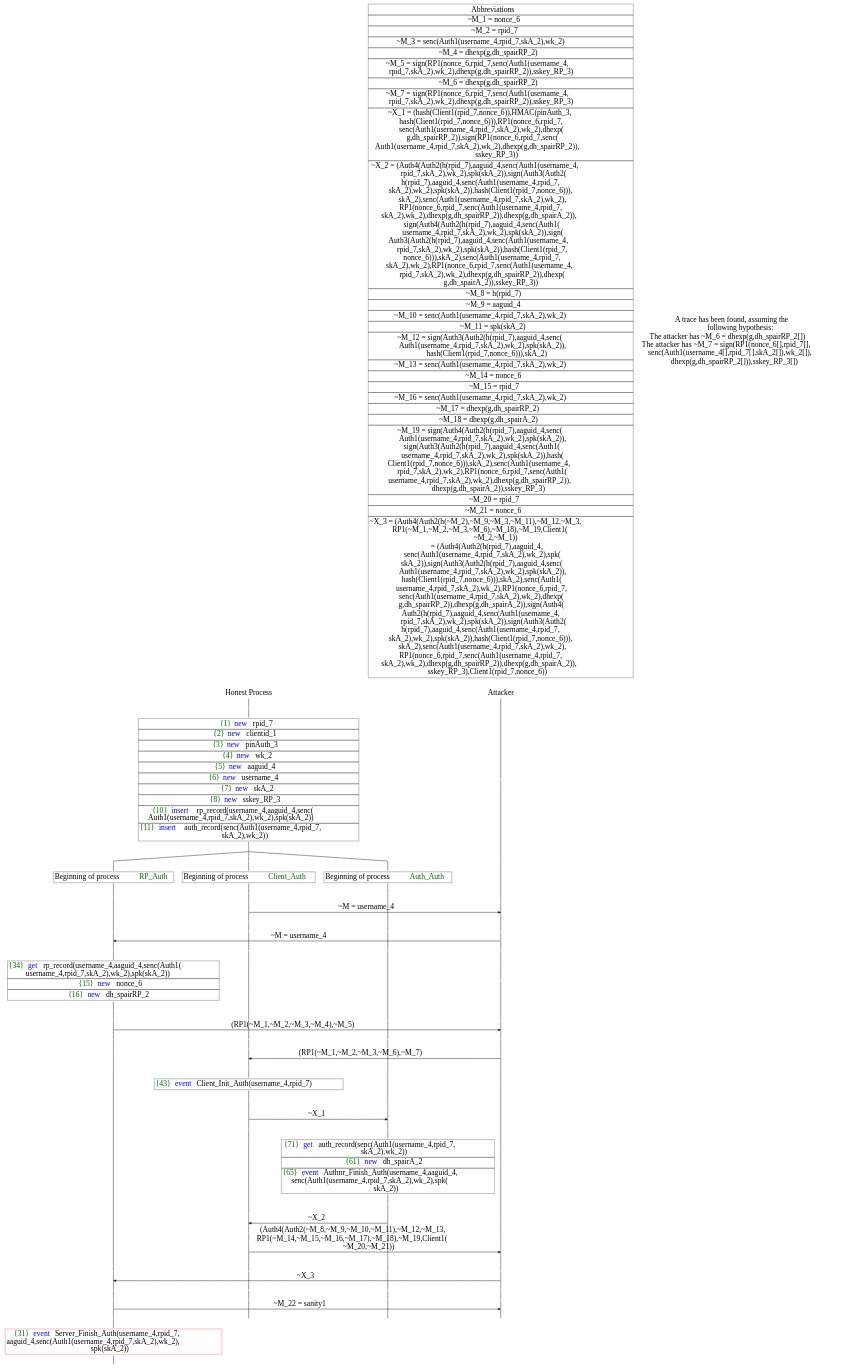
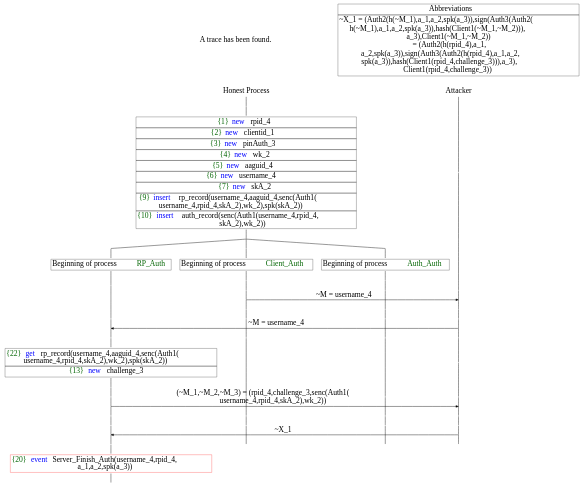
Before and after one commit to EkanshBhatnagar/FIDO2-Proverif: the diagram in results/trace3.dot, drawn with Graphviz. The commit also changed 10 other files, not shown here.

```diff
--- a/results/trace3.dot
+++ b/results/trace3.dot
@@ -2,22 +2,15 @@
 graph [ordering = out]
 edge [arrowhead = none, penwidth = 1.6, fontsize = 30]
 node [shape = point, width = 0, height = 0, fontsize = 30]
-Trace<br/>
-[label = <A trace has been found, assuming the<br/>
-following hypothesis:<br/>
-The attacker has ~M_6 = dhexp(g,dh_spairRP_2[])<br/>
-The attacker has ~M_7 = sign(RP1(nonce_6[],rpid_7[],<br/>
-senc(Auth1(username_4[],rpid_7[],skA_2[]),wk_2[]),<br/>
-dhexp(g,dh_spairRP_2[])),sskey_RP_3[])<br/>
+Trace [label = <A trace has been found.<br/>
 >, shape = plaintext]
 P0__0 [label = "Honest Process", shape = plaintext]
 P__0 [label = "Attacker", shape = plaintext]
 Trace -> P0__0 [label = "", style = invisible, weight = 100]{rank = same; P0__0 P__0}
 P0__0 -> P0__1 [label = <>, weight = 100]
 P0__1 -> P0__2 [label = <>, weight = 100]
-P0__2 [shape = plaintext, label = <<TABLE BORDER="0" CELLBORDER="1" CELLSPACING="0" CELLPADDING="4"> <TR><TD><FONT COLOR="darkgreen">{1}</FONT><FONT COLOR="blue">new </FONT>rpid_7</TD></TR><TR><TD><FONT COLOR="darkgreen">{2}</FONT><FONT COLOR="blue">new </FONT>clientid_1</TD></TR><TR><TD><FONT COLOR="darkgreen">{3}</FONT><FONT COLOR="blue">new </FONT>pinAuth_3</TD></TR><TR><TD><FONT COLOR="darkgreen">{4}</FONT><FONT COLOR="blue">new </FONT>wk_2</TD></TR><TR><TD><FONT COLOR="darkgreen">{5}</FONT><FONT COLOR="blue">new </FONT>aaguid_4</TD></TR><TR><TD><FONT COLOR="darkgreen">{6}</FONT><FONT COLOR="blue">new </FONT>username_4</TD></TR><TR><TD><FONT COLOR="darkgreen">{7}</FONT><FONT COLOR="blue">new </FONT>skA_2</TD></TR><TR><TD><FONT COLOR="darkgreen">{8}</FONT><FONT COLOR="blue">new </FONT>sskey_RP_3</TD></TR><TR><TD><FONT COLOR="darkgreen">{10}</FONT><FONT COLOR="blue">insert </FONT>rp_record(username_4,aaguid_4,senc(<br/>
-Auth1(username_4,rpid_7,skA_2),wk_2),spk(skA_2))<br/>
-</TD></TR><TR><TD><FONT COLOR="darkgreen">{11}</FONT><FONT COLOR="blue">insert </FONT>auth_record(senc(Auth1(username_4,rpid_7,<br/>
+P0__2 [shape = plaintext, label = <<TABLE BORDER="0" CELLBORDER="1" CELLSPACING="0" CELLPADDING="4"> <TR><TD><FONT COLOR="darkgreen">{1}</FONT><FONT COLOR="blue">new </FONT>rpid_4</TD></TR><TR><TD><FONT COLOR="darkgreen">{2}</FONT><FONT COLOR="blue">new </FONT>clientid_1</TD></TR><TR><TD><FONT COLOR="darkgreen">{3}</FONT><FONT COLOR="blue">new </FONT>pinAuth_3</TD></TR><TR><TD><FONT COLOR="darkgreen">{4}</FONT><FONT COLOR="blue">new </FONT>wk_2</TD></TR><TR><TD><FONT COLOR="darkgreen">{5}</FONT><FONT COLOR="blue">new </FONT>aaguid_4</TD></TR><TR><TD><FONT COLOR="darkgreen">{6}</FONT><FONT COLOR="blue">new </FONT>username_4</TD></TR><TR><TD><FONT COLOR="darkgreen">{7}</FONT><FONT COLOR="blue">new </FONT>skA_2</TD></TR><TR><TD><FONT COLOR="darkgreen">{9}</FONT><FONT COLOR="blue">insert </FONT>rp_record(username_4,aaguid_4,senc(Auth1(<br/>
+username_4,rpid_4,skA_2),wk_2),spk(skA_2))</TD></TR><TR><TD><FONT COLOR="darkgreen">{10}</FONT><FONT COLOR="blue">insert </FONT>auth_record(senc(Auth1(username_4,rpid_4,<br/>
 skA_2),wk_2))</TD></TR></TABLE>>]
 P0__2 -> P0__3 [label = <>, weight = 100]
 P__0 -> P__1 [label = <>, weight = 100]
@@ -64,8 +57,8 @@
 P__6 -> P__7 [label = <>, weight = 100]
 {rank = same; P__7 P0_0__9 P0_1__10 P0_2__8}
 P0_2__8 -> P0_2__9 [label = <>, weight = 100]
-P0_2__9 [shape = plaintext, label = <<TABLE BORDER="0" CELLBORDER="1" CELLSPACING="0" CELLPADDING="4"> <TR><TD><FONT COLOR="darkgreen">{34}</FONT><FONT COLOR="blue">get </FONT>rp_record(username_4,aaguid_4,senc(Auth1(<br/>
-username_4,rpid_7,skA_2),wk_2),spk(skA_2))</TD></TR><TR><TD><FONT COLOR="darkgreen">{15}</FONT><FONT COLOR="blue">new </FONT>nonce_6</TD></TR><TR><TD><FONT COLOR="darkgreen">{16}</FONT><FONT COLOR="blue">new </FONT>dh_spairRP_2</TD></TR></TABLE>>]
+P0_2__9 [shape = plaintext, label = <<TABLE BORDER="0" CELLBORDER="1" CELLSPACING="0" CELLPADDING="4"> <TR><TD><FONT COLOR="darkgreen">{22}</FONT><FONT COLOR="blue">get </FONT>rp_record(username_4,aaguid_4,senc(Auth1(<br/>
+username_4,rpid_4,skA_2),wk_2),spk(skA_2))</TD></TR><TR><TD><FONT COLOR="darkgreen">{13}</FONT><FONT COLOR="blue">new </FONT>challenge_3</TD></TR></TABLE>>]
 P0_2__9 -> P0_2__10 [label = <>, weight = 100]
 P__7 -> P__8 [label = <>, weight = 100]
 {rank = same; P__8 P0_2__9}
@@ -77,148 +70,35 @@
 P0_2__11 -> P0_2__12 [label = <>, weight = 100]
 P__9 -> P__10 [label = <>, weight = 100]
 {rank = same; P__10 P0_2__12}
-P0_2__12 -> P__10 [label = <(RP1(~M_1,~M_2,~M_3,~M_4),~M_5)>, arrowhead = normal]
+P0_2__12 -> P__10 [label = <(~M_1,~M_2,~M_3) = (rpid_4,challenge_3,senc(Auth1(<br/>
+username_4,rpid_4,skA_2),wk_2))>, arrowhead = normal]
 P0_2__12 -> P0_2__13 [label = <>, weight = 100]
 P0_1__11 -> P0_1__12 [label = <>, weight = 100]
 P0_0__10 -> P0_0__11 [label = <>, weight = 100]
 P__10 -> P__11 [label = <>, weight = 100]
 {rank = same; P__11 P0_0__11 P0_1__12 P0_2__13}
+P0_2__13 -> P0_2__14 [label = <>, weight = 100]
 P0_1__12 -> P0_1__13 [label = <>, weight = 100]
 P0_0__11 -> P0_0__12 [label = <>, weight = 100]
 P__11 -> P__12 [label = <>, weight = 100]
-{rank = same; P__12 P0_0__12 P0_1__13}
+{rank = same; P__12 P0_0__12 P0_1__13 P0_2__14}
+P0_2__14 -> P0_2__15 [label = <>, weight = 100]
+P__12 -> P__13 [label = <>, weight = 100]
+{rank = same; P__13 P0_2__15}
+P0_2__15 -> P__13 [label = <~X_1>, dir = back, arrowhead = normal]
+P0_2__15 -> P0_2__16 [label = <>, weight = 100]
 P0_1__13 -> P0_1__14 [label = <>, weight = 100]
-P__12 -> P__13 [label = <>, weight = 100]
-{rank = same; P__13 P0_1__14}
-P0_1__14 -> P__13 [label = <(RP1(~M_1,~M_2,~M_3,~M_6),~M_7)>, dir = back, arrowhead = normal]
-P0_1__14 -> P0_1__15 [label = <>, weight = 100]
 P0_0__12 -> P0_0__13 [label = <>, weight = 100]
 P__13 -> P__14 [label = <>, weight = 100]
-{rank = same; P__14 P0_0__13 P0_1__15}
-P0_1__15 -> P0_1__16 [label = <>, weight = 100]
-P0_1__16 [shape = plaintext, label = <<TABLE BORDER="0" CELLBORDER="1" CELLSPACING="0" CELLPADDING="4"> <TR><TD><FONT COLOR="darkgreen">{43}</FONT><FONT COLOR="blue">event</FONT> Client_Init_Auth(username_4,rpid_7)</TD></TR></TABLE>>]
-P0_1__16 -> P0_1__17 [label = <>, weight = 100]
-P0_1__17 -> P0_1__18 [label = <>, weight = 100]
-P0_0__13 -> P0_0__14 [label = <>, weight = 100]
-{rank = same; P0_0__14 P0_1__18}
-P0_1__18 -> P0_1__19 [label = <>, weight = 100]
-P0_0__14 -> P0_0__15 [label = <>, weight = 100]
-{rank = same; P0_0__15 P0_1__19}
-P0_1__19 -> P0_0__15 [label = <~X_1>, arrowhead = normal]
-P0_1__19 -> P0_1__20 [label = <>, weight = 100]
-P0_0__15 -> P0_0__16 [label = <>, weight = 100]
-{rank = same; P0_0__16 P0_1__20}
-P0_0__16 -> P0_0__17 [label = <>, weight = 100]
-P0_0__17 [shape = plaintext, label = <<TABLE BORDER="0" CELLBORDER="1" CELLSPACING="0" CELLPADDING="4"> <TR><TD><FONT COLOR="darkgreen">{71}</FONT><FONT COLOR="blue">get </FONT>auth_record(senc(Auth1(username_4,rpid_7,<br/>
-skA_2),wk_2))</TD></TR><TR><TD><FONT COLOR="darkgreen">{61}</FONT><FONT COLOR="blue">new </FONT>dh_spairA_2</TD></TR><TR><TD><FONT COLOR="darkgreen">{65}</FONT><FONT COLOR="blue">event</FONT> Authnr_Finish_Auth(username_4,aaguid_4,<br/>
-senc(Auth1(username_4,rpid_7,skA_2),wk_2),spk(<br/>
-skA_2))</TD></TR></TABLE>>]
-P0_0__17 -> P0_0__18 [label = <>, weight = 100]
-P__14 -> P__15 [label = <>, weight = 100]
-{rank = same; P__15 P0_0__17}
-P0_1__20 -> P0_1__21 [label = <>, weight = 100]
-P0_0__18 -> P0_0__19 [label = <>, weight = 100]
-{rank = same; P0_0__19 P0_1__21}
-P0_1__21 -> P0_1__22 [label = <>, weight = 100]
-P0_0__19 -> P0_0__20 [label = <>, weight = 100]
-{rank = same; P0_0__20 P0_1__22}
-P0_1__22 -> P0_0__20 [label = <~X_2>, dir = back, arrowhead = normal]
-P0_1__22 -> P0_1__23 [label = <>, weight = 100]
-P0_0__20 -> P0_0__21 [label = <>, weight = 100]
-{rank = same; P0_0__21 P0_1__23}
-P0_1__23 -> P0_1__24 [label = <>, weight = 100]
-P0_0__21 -> P0_0__22 [label = <>, weight = 100]
-P__15 -> P__16 [label = <>, weight = 100]
-{rank = same; P__16 P0_0__22 P0_1__24}
-P0_1__24 -> P0_1__25 [label = <>, weight = 100]
-P__16 -> P__17 [label = <>, weight = 100]
-{rank = same; P__17 P0_1__25}
-P0_1__25 -> P__17 [label = <(Auth4(Auth2(~M_8,~M_9,~M_10,~M_11),~M_12,~M_13,<br/>
-RP1(~M_14,~M_15,~M_16,~M_17),~M_18),~M_19,Client1(<br/>
-~M_20,~M_21))>, arrowhead = normal]
-P0_1__25 -> P0_1__26 [label = <>, weight = 100]
-P0_0__22 -> P0_0__23 [label = <>, weight = 100]
-P__17 -> P__18 [label = <>, weight = 100]
-{rank = same; P__18 P0_0__23 P0_1__26}
-P0_2__13 -> P0_2__14 [label = <>, weight = 100]
-P0_1__26 -> P0_1__27 [label = <>, weight = 100]
-P0_0__23 -> P0_0__24 [label = <>, weight = 100]
-P__18 -> P__19 [label = <>, weight = 100]
-{rank = same; P__19 P0_0__24 P0_1__27 P0_2__14}
-P0_2__14 -> P0_2__15 [label = <>, weight = 100]
-P__19 -> P__20 [label = <>, weight = 100]
-{rank = same; P__20 P0_2__15}
-P0_2__15 -> P__20 [label = <~X_3>, dir = back, arrowhead = normal]
-P0_2__15 -> P0_2__16 [label = <>, weight = 100]
-P0_1__27 -> P0_1__28 [label = <>, weight = 100]
-P0_0__24 -> P0_0__25 [label = <>, weight = 100]
-P__20 -> P__21 [label = <>, weight = 100]
-{rank = same; P__21 P0_0__25 P0_1__28 P0_2__16}
+{rank = same; P__14 P0_0__13 P0_1__14 P0_2__16}
 P0_2__16 -> P0_2__17 [label = <>, weight = 100]
-P0_1__28 -> P0_1__29 [label = <>, weight = 100]
-P0_0__25 -> P0_0__26 [label = <>, weight = 100]
-P__21 -> P__22 [label = <>, weight = 100]
-{rank = same; P__22 P0_0__26 P0_1__29 P0_2__17}
+P0_2__17 [color = red, shape = plaintext, label = <<TABLE BORDER="0" CELLBORDER="1" CELLSPACING="0" CELLPADDING="4"> <TR><TD><FONT COLOR="darkgreen">{20}</FONT><FONT COLOR="blue">event</FONT> Server_Finish_Auth(username_4,rpid_4,<br/>
+a_1,a_2,spk(a_3))</TD></TR></TABLE>>]
 P0_2__17 -> P0_2__18 [label = <>, weight = 100]
-P__22 -> P__23 [label = <>, weight = 100]
-{rank = same; P__23 P0_2__18}
-P0_2__18 -> P__23 [label = <~M_22 = sanity1>, arrowhead = normal]
-P0_2__18 -> P0_2__19 [label = <>, weight = 100]
-P0_1__29 -> P0_1__30 [label = <>, weight = 100]
-P0_0__26 -> P0_0__27 [label = <>, weight = 100]
-P__23 -> P__24 [label = <>, weight = 100]
-{rank = same; P__24 P0_0__27 P0_1__30 P0_2__19}
-P0_2__19 -> P0_2__20 [label = <>, weight = 100]
-P0_2__20 [color = red, shape = plaintext, label = <<TABLE BORDER="0" CELLBORDER="1" CELLSPACING="0" CELLPADDING="4"> <TR><TD><FONT COLOR="darkgreen">{31}</FONT><FONT COLOR="blue">event</FONT> Server_Finish_Auth(username_4,rpid_7,<br/>
-aaguid_4,senc(Auth1(username_4,rpid_7,skA_2),wk_2),<br/>
-spk(skA_2))</TD></TR></TABLE>>]
-P0_2__20 -> P0_2__21 [label = <>, weight = 100]
-Abbrev [shape = plaintext, label = <<TABLE BORDER="0" CELLBORDER="1" CELLSPACING="0" CELLPADDING="4"><TR> <TD> Abbreviations </TD></TR><TR><TD>~M_1 = nonce_6</TD></TR><TR><TD>~M_2 = rpid_7</TD></TR><TR><TD>~M_3 = senc(Auth1(username_4,rpid_7,skA_2),wk_2)</TD></TR><TR><TD>~M_4 = dhexp(g,dh_spairRP_2)</TD></TR><TR><TD>~M_5 = sign(RP1(nonce_6,rpid_7,senc(Auth1(username_4,<br/>
-rpid_7,skA_2),wk_2),dhexp(g,dh_spairRP_2)),sskey_RP_3)</TD></TR><TR><TD>~M_6 = dhexp(g,dh_spairRP_2)</TD></TR><TR><TD>~M_7 = sign(RP1(nonce_6,rpid_7,senc(Auth1(username_4,<br/>
-rpid_7,skA_2),wk_2),dhexp(g,dh_spairRP_2)),sskey_RP_3)</TD></TR><TR><TD>~X_1 = (hash(Client1(rpid_7,nonce_6)),HMAC(pinAuth_3,<br/>
-hash(Client1(rpid_7,nonce_6))),RP1(nonce_6,rpid_7,<br/>
-senc(Auth1(username_4,rpid_7,skA_2),wk_2),dhexp(<br/>
-g,dh_spairRP_2)),sign(RP1(nonce_6,rpid_7,senc(<br/>
-Auth1(username_4,rpid_7,skA_2),wk_2),dhexp(g,dh_spairRP_2)),<br/>
-sskey_RP_3))</TD></TR><TR><TD>~X_2 = (Auth4(Auth2(h(rpid_7),aaguid_4,senc(Auth1(username_4,<br/>
-rpid_7,skA_2),wk_2),spk(skA_2)),sign(Auth3(Auth2(<br/>
-h(rpid_7),aaguid_4,senc(Auth1(username_4,rpid_7,<br/>
-skA_2),wk_2),spk(skA_2)),hash(Client1(rpid_7,nonce_6))),<br/>
-skA_2),senc(Auth1(username_4,rpid_7,skA_2),wk_2),<br/>
-RP1(nonce_6,rpid_7,senc(Auth1(username_4,rpid_7,<br/>
-skA_2),wk_2),dhexp(g,dh_spairRP_2)),dhexp(g,dh_spairA_2)),<br/>
-sign(Auth4(Auth2(h(rpid_7),aaguid_4,senc(Auth1(<br/>
-username_4,rpid_7,skA_2),wk_2),spk(skA_2)),sign(<br/>
-Auth3(Auth2(h(rpid_7),aaguid_4,senc(Auth1(username_4,<br/>
-rpid_7,skA_2),wk_2),spk(skA_2)),hash(Client1(rpid_7,<br/>
-nonce_6))),skA_2),senc(Auth1(username_4,rpid_7,<br/>
-skA_2),wk_2),RP1(nonce_6,rpid_7,senc(Auth1(username_4,<br/>
-rpid_7,skA_2),wk_2),dhexp(g,dh_spairRP_2)),dhexp(<br/>
-g,dh_spairA_2)),sskey_RP_3))</TD></TR><TR><TD>~M_8 = h(rpid_7)</TD></TR><TR><TD>~M_9 = aaguid_4</TD></TR><TR><TD>~M_10 = senc(Auth1(username_4,rpid_7,skA_2),wk_2)</TD></TR><TR><TD>~M_11 = spk(skA_2)</TD></TR><TR><TD>~M_12 = sign(Auth3(Auth2(h(rpid_7),aaguid_4,senc(<br/>
-Auth1(username_4,rpid_7,skA_2),wk_2),spk(skA_2)),<br/>
-hash(Client1(rpid_7,nonce_6))),skA_2)</TD></TR><TR><TD>~M_13 = senc(Auth1(username_4,rpid_7,skA_2),wk_2)</TD></TR><TR><TD>~M_14 = nonce_6</TD></TR><TR><TD>~M_15 = rpid_7</TD></TR><TR><TD>~M_16 = senc(Auth1(username_4,rpid_7,skA_2),wk_2)</TD></TR><TR><TD>~M_17 = dhexp(g,dh_spairRP_2)</TD></TR><TR><TD>~M_18 = dhexp(g,dh_spairA_2)</TD></TR><TR><TD>~M_19 = sign(Auth4(Auth2(h(rpid_7),aaguid_4,senc(<br/>
-Auth1(username_4,rpid_7,skA_2),wk_2),spk(skA_2)),<br/>
-sign(Auth3(Auth2(h(rpid_7),aaguid_4,senc(Auth1(<br/>
-username_4,rpid_7,skA_2),wk_2),spk(skA_2)),hash(<br/>
-Client1(rpid_7,nonce_6))),skA_2),senc(Auth1(username_4,<br/>
-rpid_7,skA_2),wk_2),RP1(nonce_6,rpid_7,senc(Auth1(<br/>
-username_4,rpid_7,skA_2),wk_2),dhexp(g,dh_spairRP_2)),<br/>
-dhexp(g,dh_spairA_2)),sskey_RP_3)</TD></TR><TR><TD>~M_20 = rpid_7</TD></TR><TR><TD>~M_21 = nonce_6</TD></TR><TR><TD>~X_3 = (Auth4(Auth2(h(~M_2),~M_9,~M_3,~M_11),~M_12,~M_3,<br/>
-RP1(~M_1,~M_2,~M_3,~M_6),~M_18),~M_19,Client1(<br/>
-~M_2,~M_1))<br/>
-= (Auth4(Auth2(h(rpid_7),aaguid_4,<br/>
-senc(Auth1(username_4,rpid_7,skA_2),wk_2),spk(<br/>
-skA_2)),sign(Auth3(Auth2(h(rpid_7),aaguid_4,senc(<br/>
-Auth1(username_4,rpid_7,skA_2),wk_2),spk(skA_2)),<br/>
-hash(Client1(rpid_7,nonce_6))),skA_2),senc(Auth1(<br/>
-username_4,rpid_7,skA_2),wk_2),RP1(nonce_6,rpid_7,<br/>
-senc(Auth1(username_4,rpid_7,skA_2),wk_2),dhexp(<br/>
-g,dh_spairRP_2)),dhexp(g,dh_spairA_2)),sign(Auth4(<br/>
-Auth2(h(rpid_7),aaguid_4,senc(Auth1(username_4,<br/>
-rpid_7,skA_2),wk_2),spk(skA_2)),sign(Auth3(Auth2(<br/>
-h(rpid_7),aaguid_4,senc(Auth1(username_4,rpid_7,<br/>
-skA_2),wk_2),spk(skA_2)),hash(Client1(rpid_7,nonce_6))),<br/>
-skA_2),senc(Auth1(username_4,rpid_7,skA_2),wk_2),<br/>
-RP1(nonce_6,rpid_7,senc(Auth1(username_4,rpid_7,<br/>
-skA_2),wk_2),dhexp(g,dh_spairRP_2)),dhexp(g,dh_spairA_2)),<br/>
-sskey_RP_3),Client1(rpid_7,nonce_6))</TD></TR></TABLE>>]Abbrev -> P__0 [style = invisible, weight =100]}
+Abbrev [shape = plaintext, label = <<TABLE BORDER="0" CELLBORDER="1" CELLSPACING="0" CELLPADDING="4"><TR> <TD> Abbreviations </TD></TR><TR><TD>~X_1 = (Auth2(h(~M_1),a_1,a_2,spk(a_3)),sign(Auth3(Auth2(<br/>
+h(~M_1),a_1,a_2,spk(a_3)),hash(Client1(~M_1,~M_2))),<br/>
+a_3),Client1(~M_1,~M_2))<br/>
+= (Auth2(h(rpid_4),a_1,<br/>
+a_2,spk(a_3)),sign(Auth3(Auth2(h(rpid_4),a_1,a_2,<br/>
+spk(a_3)),hash(Client1(rpid_4,challenge_3))),a_3),<br/>
+Client1(rpid_4,challenge_3))</TD></TR></TABLE>>]Abbrev -> P__0 [style = invisible, weight =100]}
```
